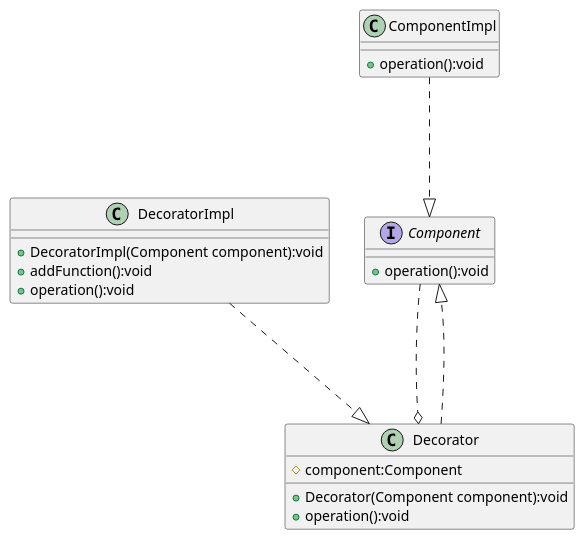
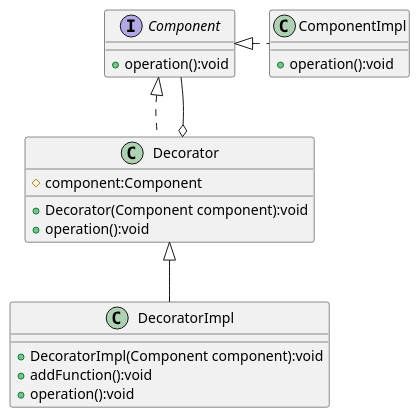
Before and after one commit to qiding1991/design-pattern: the diagram in struct-decorator-design/struct-decorator-design.puml, drawn with PlantUML. The commit also changed 34 other files, not shown here.

```diff
--- a/struct-decorator-design/struct-decorator-design.puml
+++ b/struct-decorator-design/struct-decorator-design.puml
@@ -1,29 +1,30 @@
 @startuml
      interface Component{
         + operation():void
      }
 
      class ComponentImpl{
         + operation():void
      }
 
      class Decorator{
          # component:Component
          + Decorator(Component component):void
          + operation():void
      }
 
      class DecoratorImpl{
          + DecoratorImpl(Component component):void
          + addFunction():void
          + operation():void
      }
 
-     ComponentImpl ...|> Component
-         Decorator ...|>  Component
-         Component ...o Decorator
-     DecoratorImpl ...|> Decorator
+    Component<|.. Decorator
+    Component<|. ComponentImpl
+    Decorator<|-- DecoratorImpl
+    Component --o Decorator
+
 
 
 
 @enduml
```
